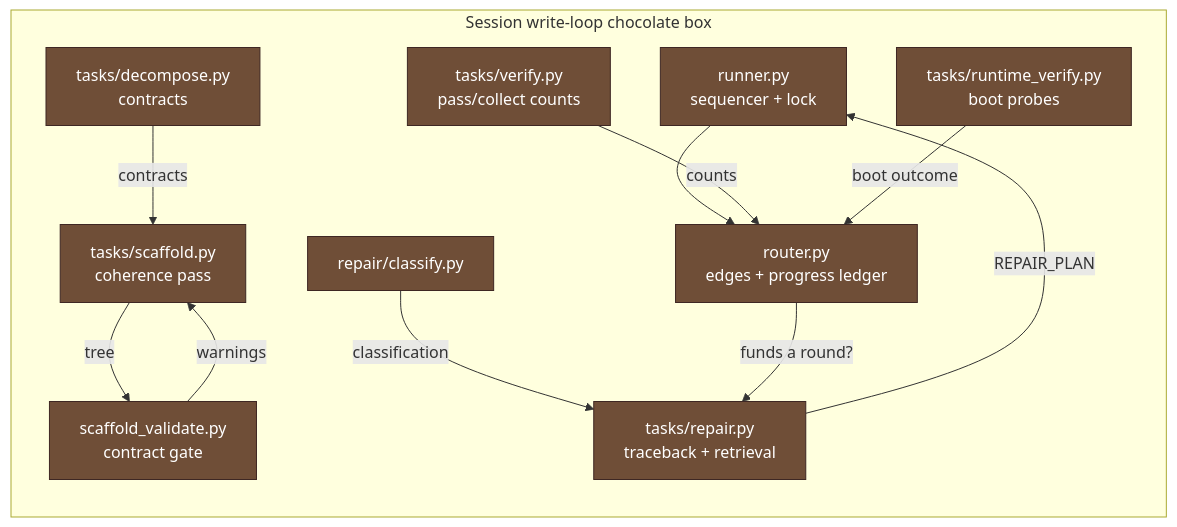
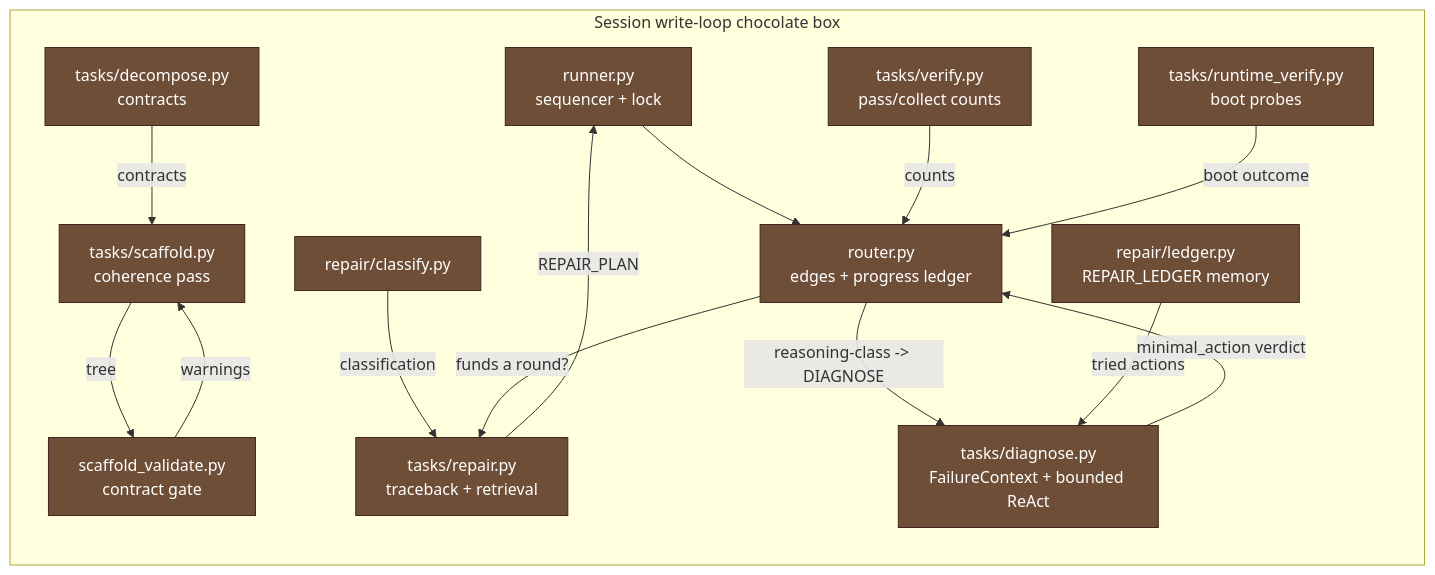
One commit to raminmohammadi/CGX changed the fourth of 6 diagrams in docs/flowcharts.md. Above: the diagram before and after it, drawn with Mermaid. The commit also changed other lines of this file and 4 other files, not shown here.

First line of the commit message:
docs(diagnose): P2.7 document the DIAGNOSE reasoning rung across docs + wiki

````diff
--- a/docs/flowcharts.md
+++ b/docs/flowcharts.md
@@ -316,27 +323,32 @@
 ```mermaid
 flowchart TB
     subgraph BOX["Session write-loop chocolate box"]
       direction TB
       RUNR["runner.py<br/>sequencer + lock"]
       ROUT["router.py<br/>edges + progress ledger"]
       DEC["tasks/decompose.py<br/>contracts"]
       SCA["tasks/scaffold.py<br/>coherence pass"]
       SVAL["scaffold_validate.py<br/>contract gate"]
       RTV["tasks/runtime_verify.py<br/>boot probes"]
       VER["tasks/verify.py<br/>pass/collect counts"]
       REP["tasks/repair.py<br/>traceback + retrieval"]
       CLS["repair/classify.py"]
+      DGN["tasks/diagnose.py<br/>FailureContext + bounded ReAct"]
+      LED["repair/ledger.py<br/>REPAIR_LEDGER memory"]
     end
     RUNR --> ROUT
     DEC -->|contracts| SCA
     SCA -->|tree| SVAL
     SVAL -->|warnings| SCA
     VER -->|counts| ROUT
     RTV -->|boot outcome| ROUT
     CLS -->|classification| REP
+    ROUT -->|"reasoning-class -> DIAGNOSE"| DGN
+    LED -->|tried actions| DGN
+    DGN -->|minimal_action verdict| ROUT
     ROUT -->|funds a round?| REP
     REP -->|REPAIR_PLAN| RUNR
 
     classDef choc fill:#6f4e37,stroke:#3e2723,color:#fff;
-    class RUNR,ROUT,DEC,SCA,SVAL,RTV,VER,REP,CLS choc;
+    class RUNR,ROUT,DEC,SCA,SVAL,RTV,VER,REP,CLS,DGN,LED choc;
 ```
````
